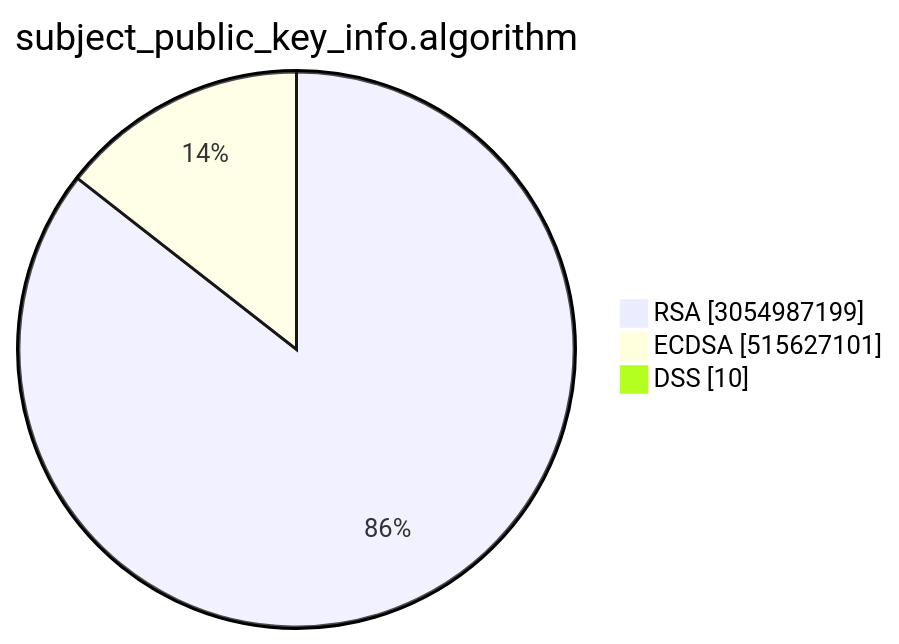
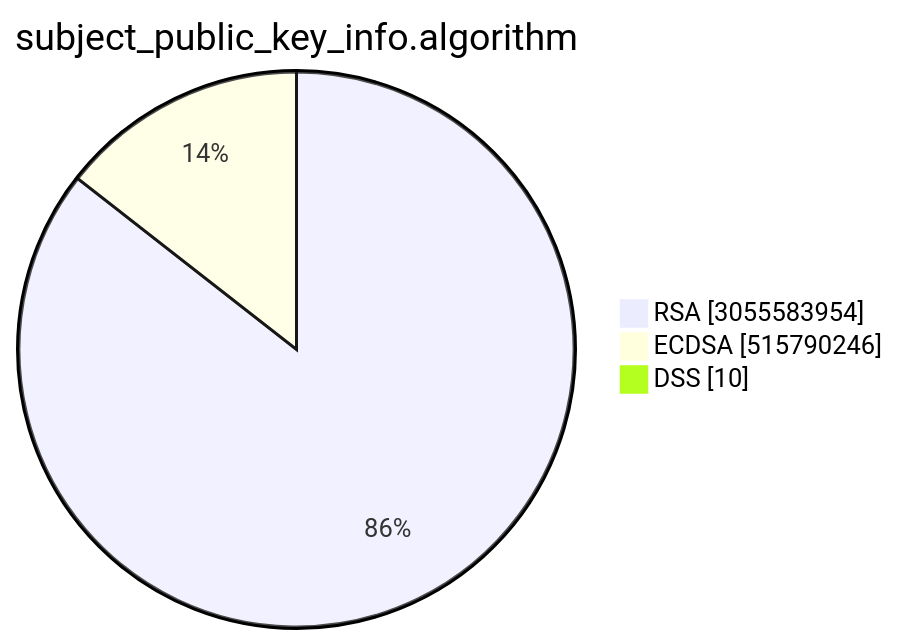
The second of 15 diagrams in TOTAL/README.md (christiankrug/ctmonitor_visualization), drawn with Mermaid before and after one commit. The commit also changed other lines of this file, not shown here.

````diff
--- a/TOTAL/README.md
+++ b/TOTAL/README.md
@@ -6,7 +6,7 @@
 ```mermaid
 pie showData
 title subject_public_key_info.algorithm
-"RSA" :3054987199
-"ECDSA" :515627101
+"RSA" :3055583954
+"ECDSA" :515790246
 "DSS" :10
 ```
````
